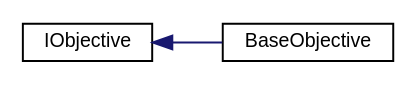
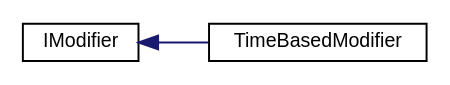
The diagram in inherit_graph_6.dot (PaulSchweizer/ActionRpgKit), drawn with Graphviz before and after one commit. The commit also changed 506 other files, not shown here.

```diff
--- a/inherit_graph_6.dot
+++ b/inherit_graph_6.dot
@@ -1,10 +1,10 @@
 digraph "Graphical Class Hierarchy"
 {
  // INTERACTIVE_SVG=YES
   edge [fontname="Helvetica",fontsize="10",labelfontname="Helvetica",labelfontsize="10"];
   node [fontname="Helvetica",fontsize="10",shape=record];
   rankdir="LR";
-  Node1 [label="IObjective",height=0.2,width=0.4,color="black", fillcolor="white", style="filled",URL="$dc/d26/interface_action_rpg_kit_1_1_quest_1_1_i_objective.xhtml"];
+  Node1 [label="IModifier",height=0.2,width=0.4,color="black", fillcolor="white", style="filled",URL="$d5/dc3/interface_action_rpg_kit_1_1_character_1_1_attribute_1_1_i_modifier.xhtml",tooltip="Interface for modifiers that alter an attribute. "];
   Node1 -> Node2 [dir="back",color="midnightblue",fontsize="10",style="solid",fontname="Helvetica"];
-  Node2 [label="BaseObjective",height=0.2,width=0.4,color="black", fillcolor="white", style="filled",URL="$d7/ddd/class_action_rpg_kit_1_1_quest_1_1_base_objective.xhtml"];
+  Node2 [label="TimeBasedModifier",height=0.2,width=0.4,color="black", fillcolor="white", style="filled",URL="$d5/d34/class_action_rpg_kit_1_1_character_1_1_attribute_1_1_time_based_modifier.xhtml",tooltip="Modifier that affects an attribute over a certain period of time. "];
 }
```
